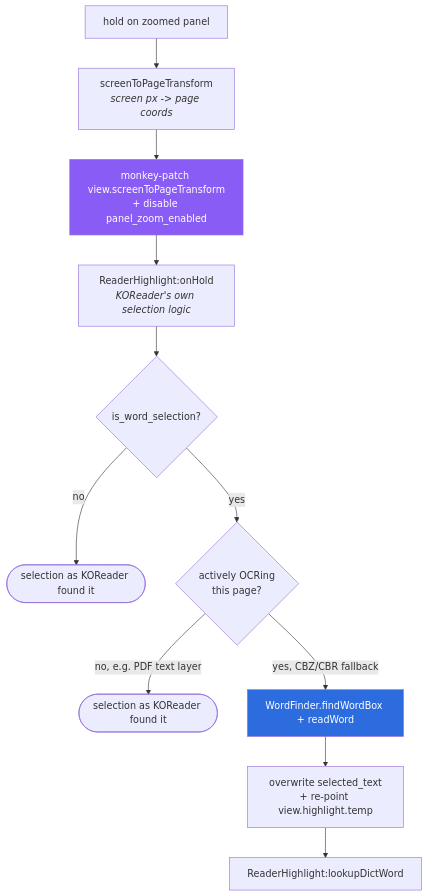
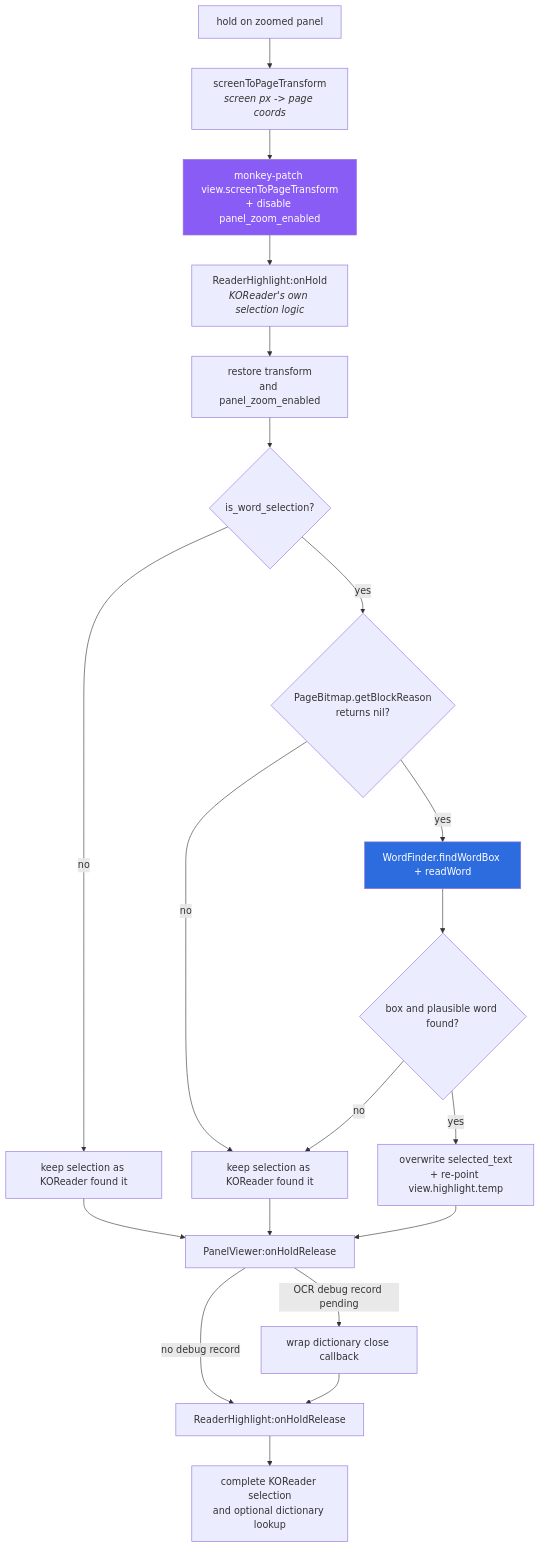
The first of 2 diagrams in docs/WORD-LOOKUP.md (KristanLaimon/PanelsPlus), drawn with Mermaid before and after one commit. The commit also changed other lines of this file and 9 other files, not shown here.

````diff
--- a/docs/WORD-LOOKUP.md
+++ b/docs/WORD-LOOKUP.md
@@ -34,16 +34,25 @@
 ```mermaid
 flowchart TD
     HOLD["hold on zoomed panel"] --> XFORM["screenToPageTransform<br/><i>screen px -> page coords</i>"]
     XFORM --> PATCH["monkey-patch view.screenToPageTransform<br/>+ disable panel_zoom_enabled"]
     PATCH --> RH["ReaderHighlight:onHold<br/><i>KOReader's own selection logic</i>"]
-    RH --> ISWORD{"is_word_selection?"}
-    ISWORD -->|no| DONE1(["selection as KOReader found it"])
-    ISWORD -->|yes| BLOCKED{"actively OCRing<br/>this page?"}
-    BLOCKED -->|no, e.g. PDF text layer| DONE2(["selection as KOReader found it"])
-    BLOCKED -->|yes, CBZ/CBR fallback| WF["WordFinder.findWordBox + readWord"]
-    WF --> REFINE["overwrite selected_text<br/>+ re-point view.highlight.temp"]
-    REFINE --> DICT["ReaderHighlight:lookupDictWord"]
+    RH --> RESTORE["restore transform<br/>and panel_zoom_enabled"]
+    RESTORE --> ISWORD{"is_word_selection?"}
+    ISWORD -->|no| DONE1["keep selection as KOReader found it"]
+    ISWORD -->|yes| BLOCKED{"PageBitmap.getBlockReason<br/>returns nil?"}
+    BLOCKED -->|no| DONE2["keep selection as KOReader found it"]
+    BLOCKED -->|yes| WF["WordFinder.findWordBox + readWord"]
+    WF --> FOUND{"box and plausible word found?"}
+    FOUND -->|no| DONE2
+    FOUND -->|yes| REFINE["overwrite selected_text<br/>+ re-point view.highlight.temp"]
+    DONE1 --> RELEASE["PanelViewer:onHoldRelease"]
+    DONE2 --> RELEASE
+    REFINE --> RELEASE
+    RELEASE -->|"OCR debug record pending"| HOOK["wrap dictionary close callback"]
+    RELEASE -->|"no debug record"| RHREL["ReaderHighlight:onHoldRelease"]
+    HOOK --> RHREL
+    RHREL --> DICT["complete KOReader selection<br/>and optional dictionary lookup"]
 
     style WF fill:#2d6cdf,color:#fff
     style PATCH fill:#8a5cf6,color:#fff
 ```
````
